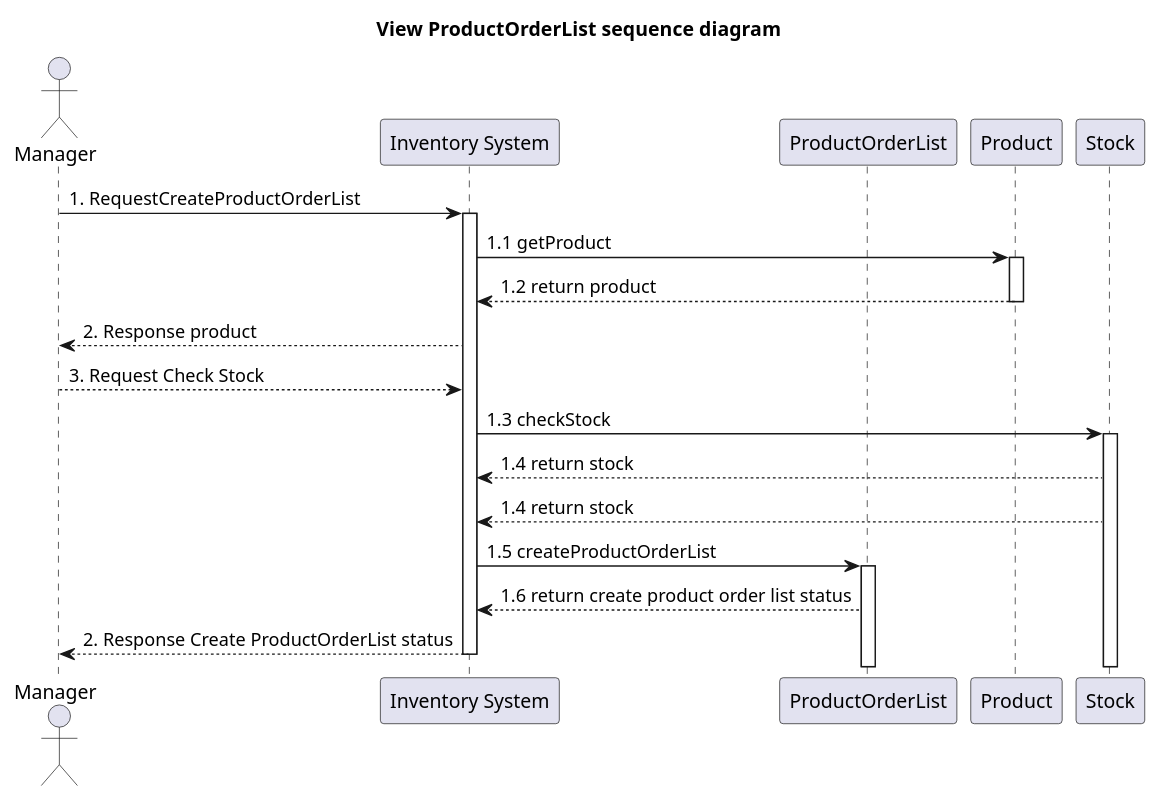
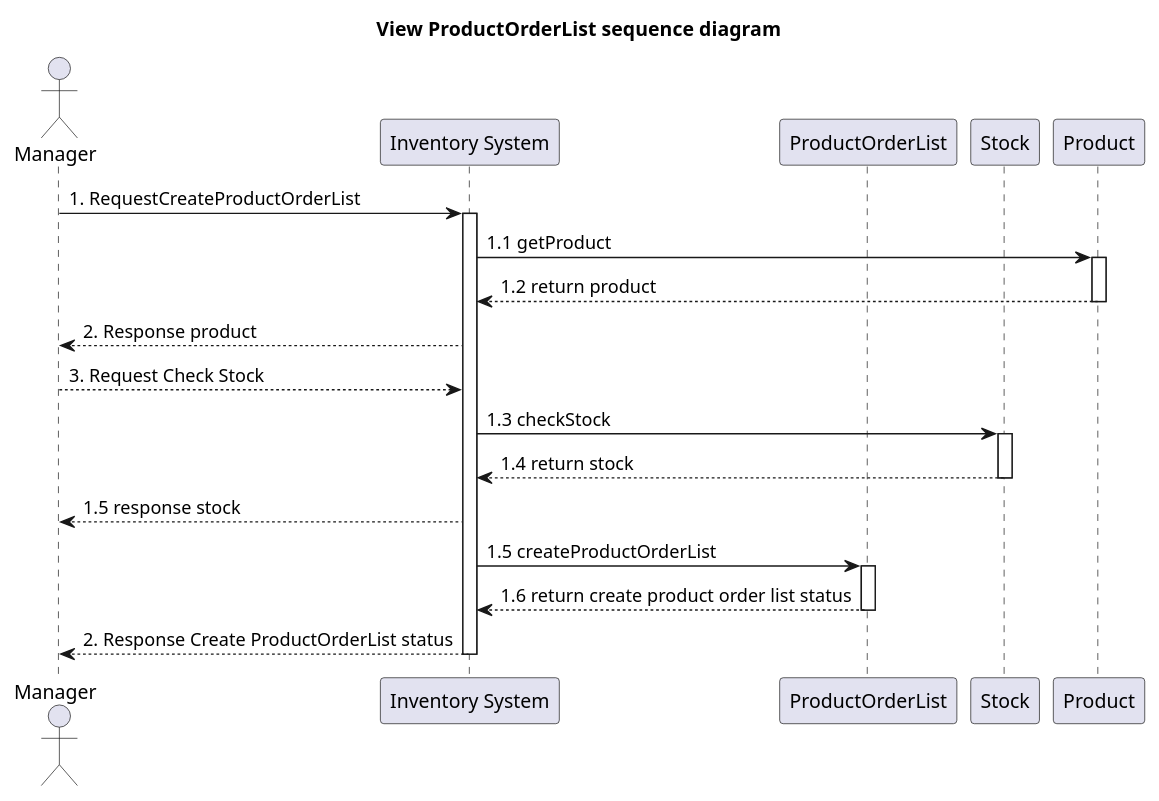
One commit to billowdev/inventory-system-plantuml-sequelize-seeder-example changed the diagram in system-analysis/sequence/_9_2_sequence-create-product-order-list.puml. Above: the diagram before and after it, drawn with PlantUML.

```diff
--- a/system-analysis/sequence/_9_2_sequence-create-product-order-list.puml
+++ b/system-analysis/sequence/_9_2_sequence-create-product-order-list.puml
@@ -1,44 +1,47 @@
 @startuml
 'example
 title View ProductOrderList sequence diagram
 
 actor Manager as actorManager
 participant "Inventory System" as InventorySystem
 participant "ProductOrderList" as classProductOrderList
+participant "Stock" as classStock
 participant "Product" as classProduct
-participant "Stock" as classStock
+
+
 
 actorManager -> InventorySystem: 1. RequestCreateProductOrderList
 activate InventorySystem
 
 InventorySystem -> classProduct : 1.1 getProduct
 activate classProduct
 
 classProduct --> InventorySystem : 1.2 return product
 deactivate classProduct
 
 InventorySystem --> actorManager : 2. Response product
 
 actorManager --> InventorySystem : 3. Request Check Stock
 
 
 InventorySystem -> classStock: 1.3 checkStock
 activate classStock
 
 classStock --> InventorySystem: 1.4 return stock
+deactivate classStock
 
-
-
-classStock --> InventorySystem: 1.4 return stock
-
+InventorySystem --> actorManager : 1.5 response stock
 
 InventorySystem -> classProductOrderList: 1.5 createProductOrderList
 activate classProductOrderList
+
 classProductOrderList --> InventorySystem: 1.6 return create product order list status
-
-
+deactivate classProductOrderList
 
 InventorySystem --> actorManager : 2. Response Create ProductOrderList status
 deactivate InventorySystem
 
+
+
+
 @enduml
```
